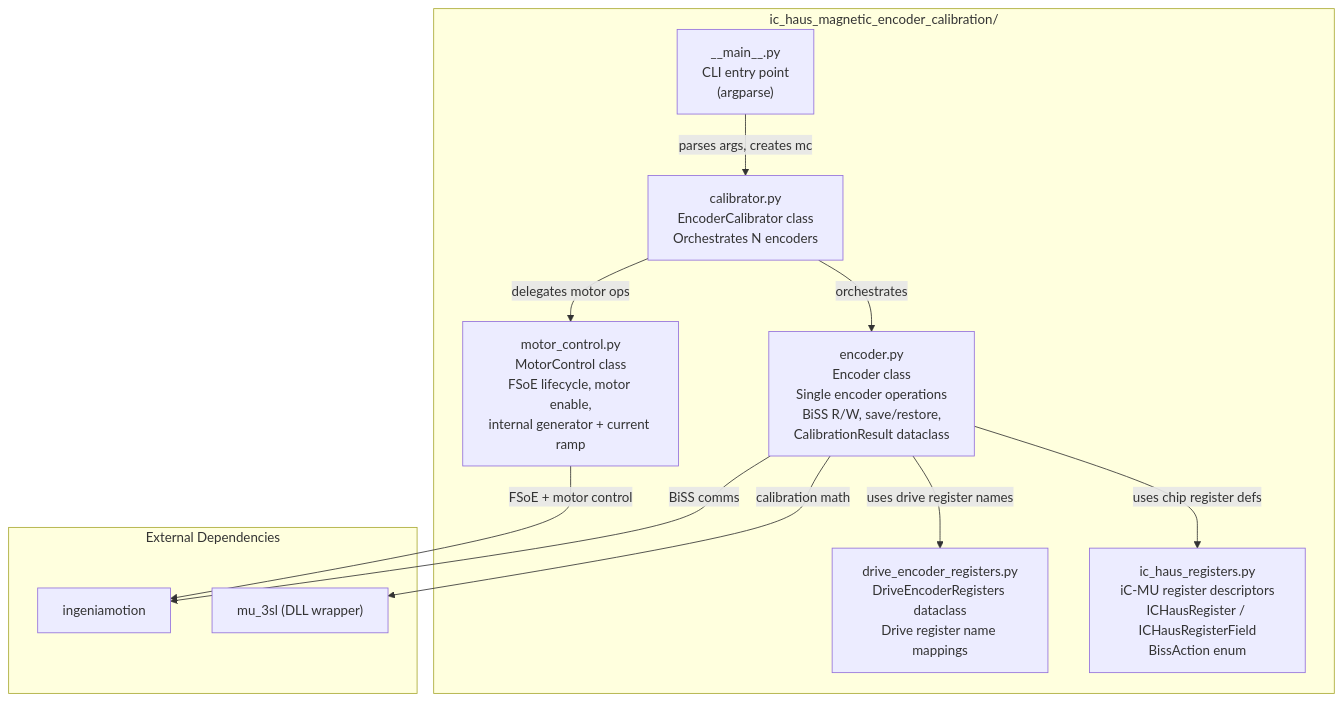
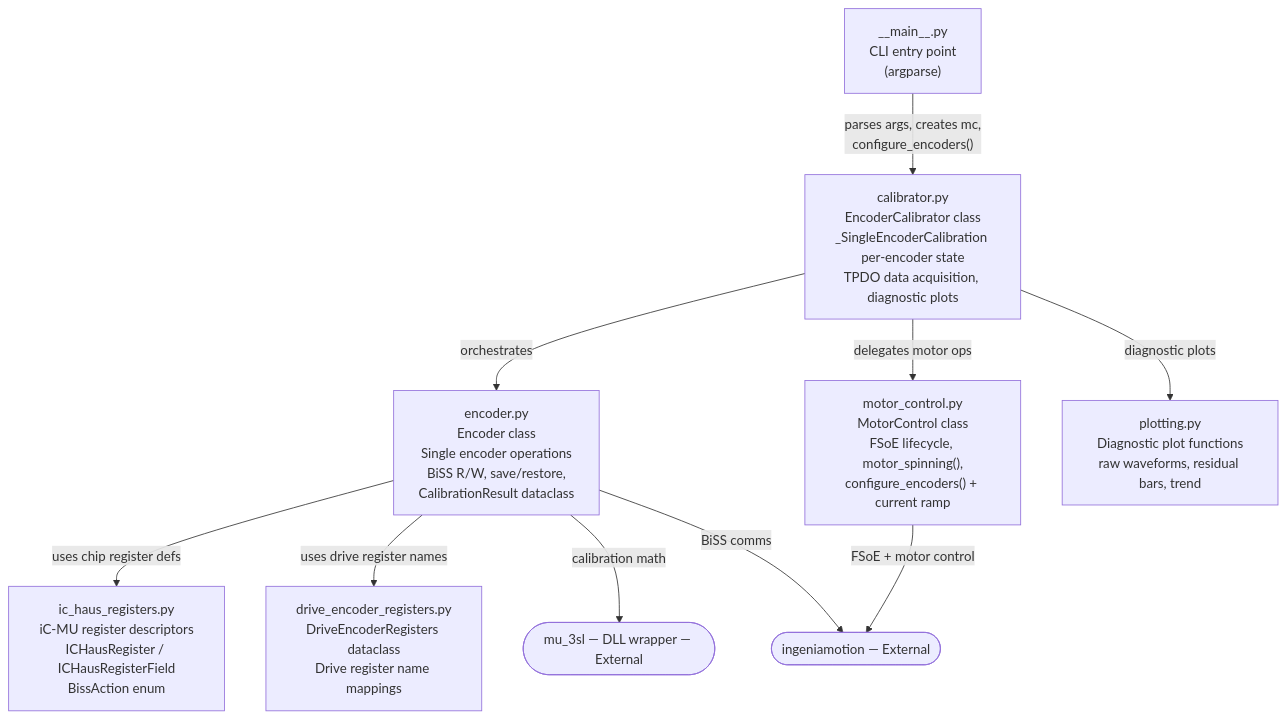
One commit to ingeniamc/iC-Haus-magnetic-encoder-calibration changed the first of 3 diagrams in architecture.md. Above: the diagram before and after it, drawn with Mermaid. The commit also changed other lines of this file and 19 other files, not shown here.

````diff
--- a/architecture.md
+++ b/architecture.md
@@ -147,25 +165,23 @@
 ```mermaid
 flowchart TD
-    subgraph PKG["ic_haus_magnetic_encoder_calibration/"]
-        MAIN["__main__.py<br/>CLI entry point<br/>(argparse)"]
-        ICREG["ic_haus_registers.py<br/>iC-MU register descriptors<br/>ICHausRegister / ICHausRegisterField<br/>BissAction enum"]
-        DRVREG["drive_encoder_registers.py<br/>DriveEncoderRegisters dataclass<br/>Drive register name mappings"]
-        ENC["encoder.py<br/>Encoder class<br/>Single encoder operations<br/>BiSS R/W, save/restore,<br/>CalibrationResult dataclass"]
-        MOT["motor_control.py<br/>MotorControl class<br/>FSoE lifecycle, motor enable,<br/>internal generator + current ramp"]
-        CAL["calibrator.py<br/>EncoderCalibrator class<br/>Orchestrates N encoders"]
-    end
+    MAIN["__main__.py<br/>CLI entry point<br/>(argparse)"]
+    ICREG["ic_haus_registers.py<br/>iC-MU register descriptors<br/>ICHausRegister / ICHausRegisterField<br/>BissAction enum"]
+    DRVREG["drive_encoder_registers.py<br/>DriveEncoderRegisters dataclass<br/>Drive register name mappings"]
+    ENC["encoder.py<br/>Encoder class<br/>Single encoder operations<br/>BiSS R/W, save/restore,<br/>CalibrationResult dataclass"]
+    MOT["motor_control.py<br/>MotorControl class<br/>FSoE lifecycle, motor_spinning(),<br/>configure_encoders() + current ramp"]
+    CAL["calibrator.py<br/>EncoderCalibrator class<br/>_SingleEncoderCalibration per-encoder state<br/>TPDO data acquisition, diagnostic plots"]
+    PLOT["plotting.py<br/>Diagnostic plot functions<br/>raw waveforms, residual bars, trend"]
 
-    subgraph EXT["External Dependencies"]
-        MU["mu_3sl (DLL wrapper)"]
-        IM["ingeniamotion"]
-    end
+    MU([mu_3sl — DLL wrapper — External])
+    IM([ingeniamotion — External])
 
-    MAIN -->|"parses args, creates mc"| CAL
+    MAIN -->|"parses args, creates mc,<br/>configure_encoders()"| CAL
     CAL -->|"orchestrates"| ENC
     CAL -->|"delegates motor ops"| MOT
+    CAL -->|"diagnostic plots"| PLOT
     MOT -->|"FSoE + motor control"| IM
     ENC -->|"uses chip register defs"| ICREG
     ENC -->|"uses drive register names"| DRVREG
     ENC -->|"calibration math"| MU
     ENC -->|"BiSS comms"| IM
 ```
````
